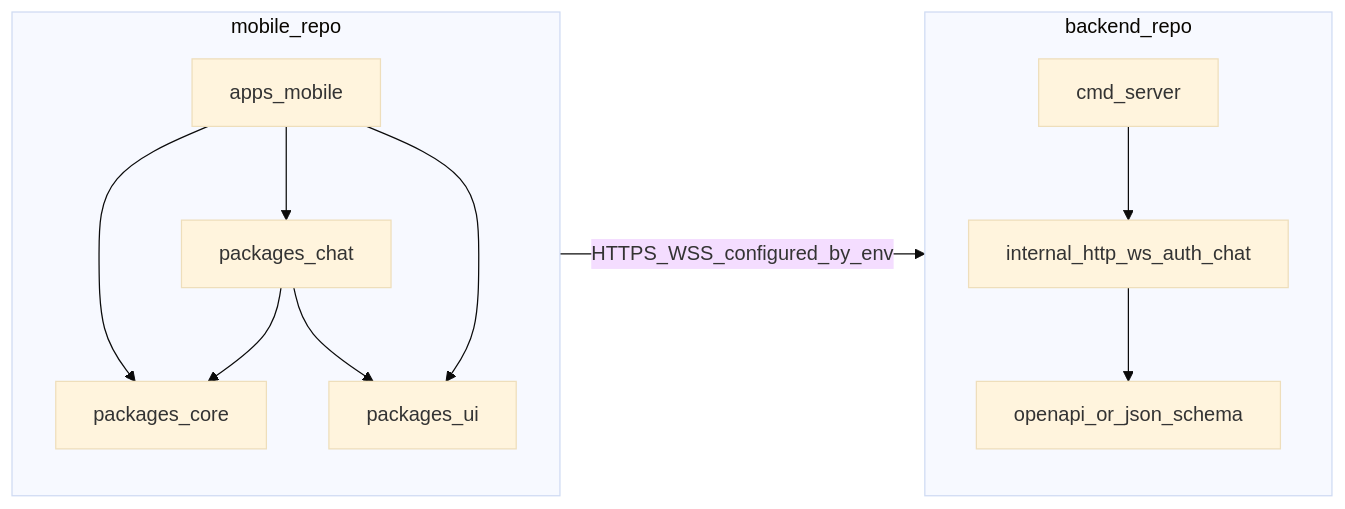
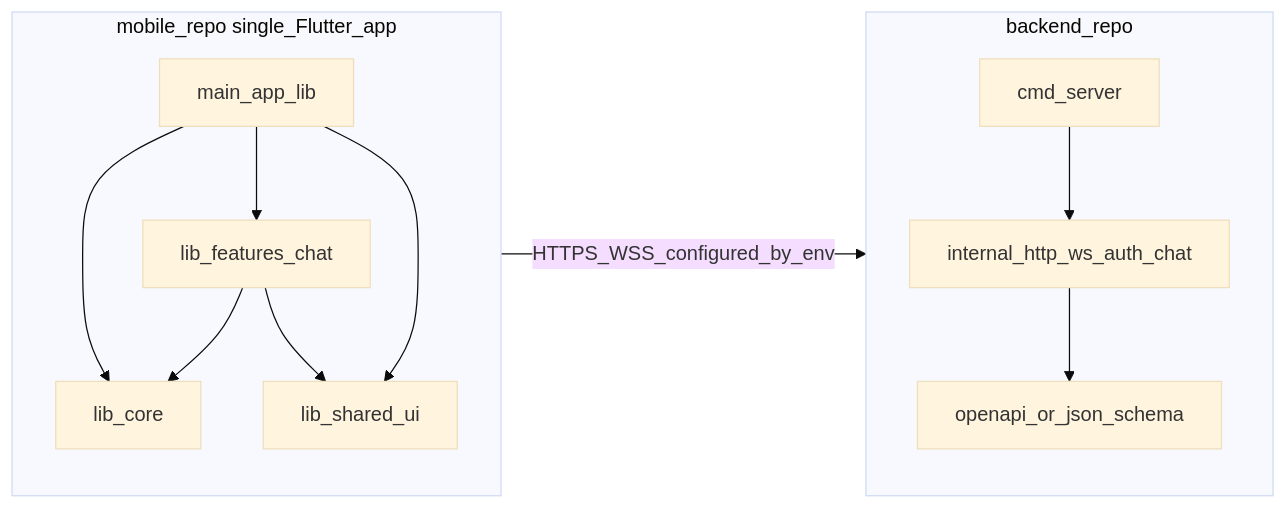
Before and after one commit to limbooldev/mamanaplus-flutter: the diagram in .cursor/rules/cto.mdc, drawn with Mermaid (base theme). The commit also changed other lines of this file and 115 other files, not shown here.

First line of the commit message:
refactor: single Flutter module, remove Melos workspace

````diff
--- a/.cursor/rules/cto.mdc
+++ b/.cursor/rules/cto.mdc
@@ -11,22 +11,22 @@
 ```mermaid
 flowchart LR
-  subgraph mobileRepo [mobile_repo]
-    app[apps_mobile]
-    core[packages_core]
-    chat[packages_chat]
-    ui[packages_ui]
-    app --> core
-    app --> chat
-    app --> ui
+  subgraph mobileRepo [mobile_repo single_Flutter_app]
+    shell[main_app_lib]
+    core[lib_core]
+    chat[lib_features_chat]
+    shared[lib_shared_ui]
+    shell --> core
+    shell --> chat
+    shell --> shared
     chat --> core
-    chat --> ui
+    chat --> shared
   end
   subgraph backendRepo [backend_repo]
     srv[cmd_server]
     internal[internal_http_ws_auth_chat]
     openapi[openapi_or_json_schema]
     srv --> internal
     internal --> openapi
   end
   mobileRepo -->|"HTTPS_WSS_configured_by_env"| backendRepo
 ```
````
